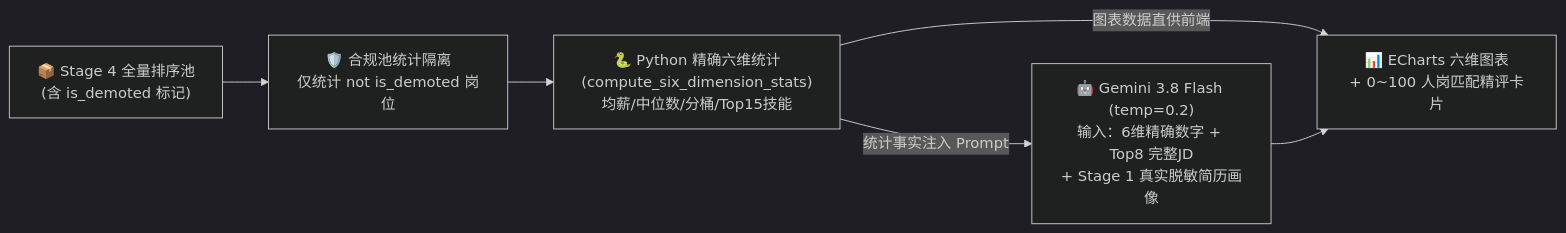
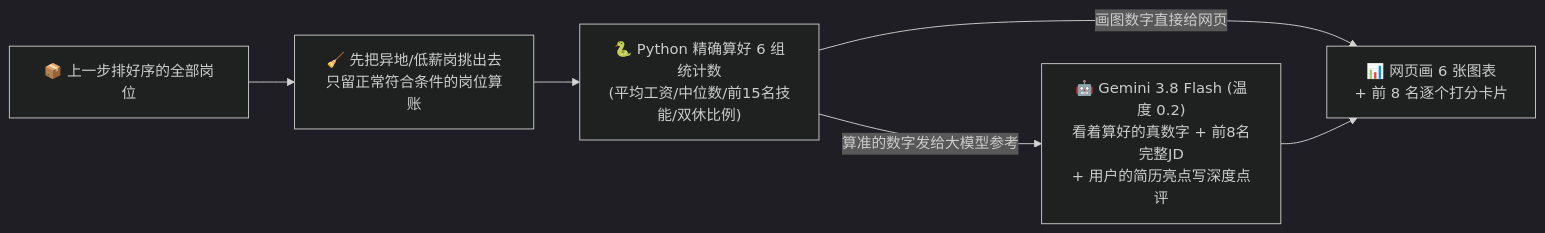
The diagram in tutorials/zh/04-stage5-grounded-6d-analysis.md (jason-haha-69135/boss-zhipin-crawler), drawn with Mermaid (dark theme) before and after one commit. The commit also changed other lines of this file and 14 other files, not shown here.

````diff
--- a/tutorials/zh/04-stage5-grounded-6d-analysis.md
+++ b/tutorials/zh/04-stage5-grounded-6d-analysis.md
@@ -24,12 +26,12 @@
 ```mermaid
 flowchart LR
-    Pool["📦 Stage 4 全量排序池\n(含 is_demoted 标记)"]
-    Filter["🛡️ 合规池统计隔离\n仅统计 not is_demoted 岗位"]
-    PyStat["🐍 Python 精确六维统计\n(compute_six_dimension_stats)\n均薪/中位数/分桶/Top15技能"]
-    LLM["🤖 Gemini 3.8 Flash (temp=0.2)\n输入：6维精确数字 + Top8 完整JD\n+ Stage 1 真实脱敏简历画像"]
-    UI["📊 ECharts 六维图表\n+ 0~100 人岗匹配精评卡片"]
+    Jobs["📦 上一步排好序的全部岗位"]
+    Clean["🧹 先把异地/低薪岗挑出去\n只留正常符合条件的岗位算账"]
+    PyMath["🐍 Python 精确算好 6 组统计数\n(平均工资/中位数/前15名技能/双休比例)"]
+    Gemini["🤖 Gemini 3.8 Flash (温度 0.2)\n看着算好的真数字 + 前8名完整JD\n+ 用户的简历亮点写深度点评"]
+    Page["📊 网页画 6 张图表\n+ 前 8 名逐个打分卡片"]
 
-    Pool --> Filter --> PyStat
-    PyStat -->|"图表数据直供前端"| UI
-    PyStat -->|"统计事实注入 Prompt"| LLM --> UI
+    Jobs --> Clean --> PyMath
+    PyMath -->|"画图数字直接给网页"| Page
+    PyMath -->|"算准的数字发给大模型参考"| Gemini --> Page
 ```
````
